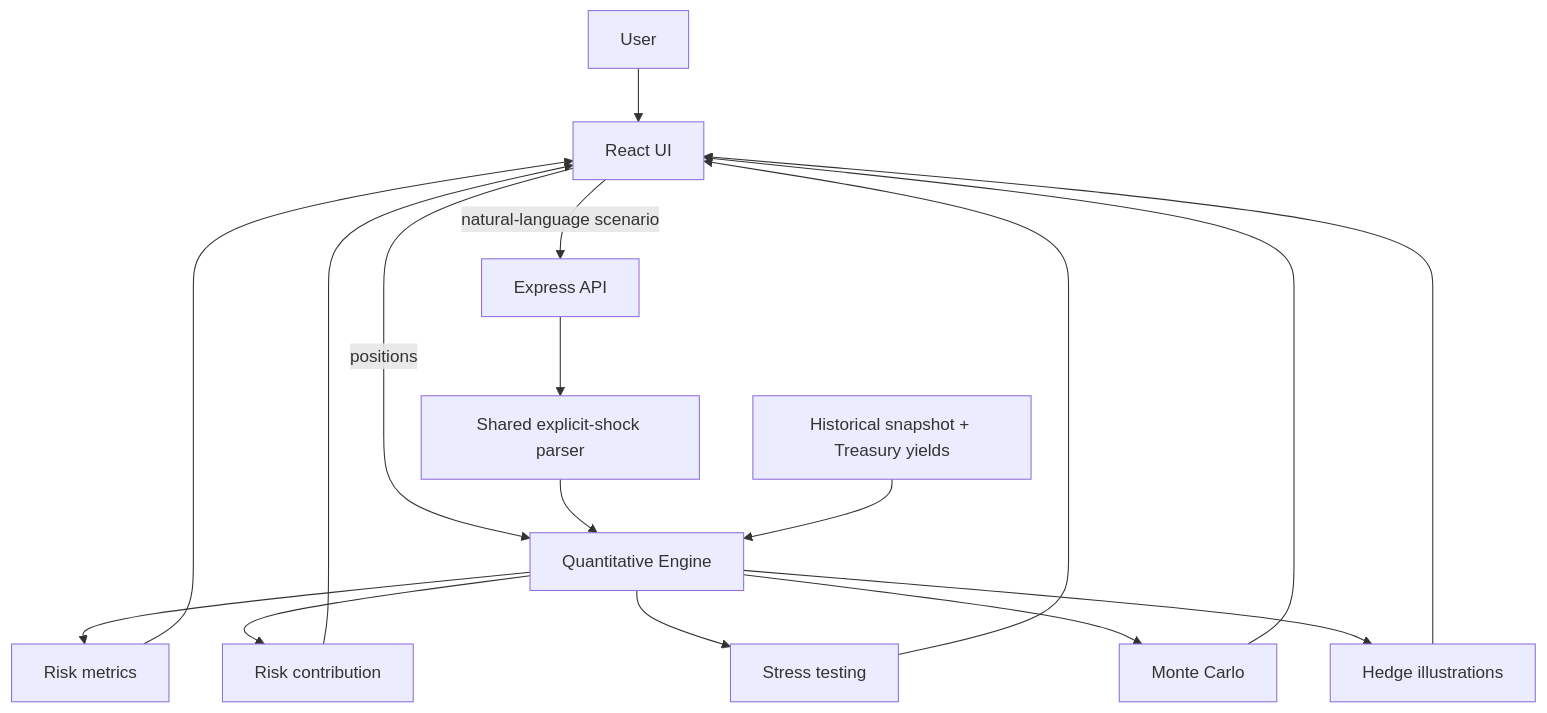
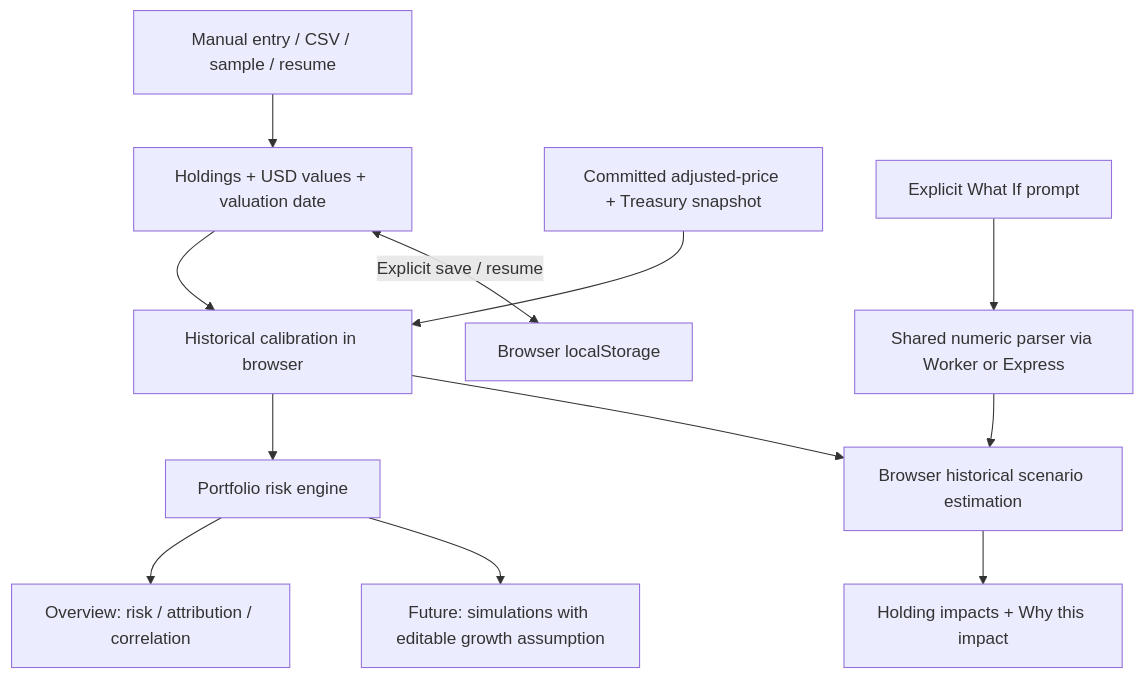
The diagram in docs/architecture.md (randeepgupta/risklab), drawn with Mermaid before and after one commit. The commit also changed other lines of this file and 4 other files, not shown here.

````diff
--- a/docs/architecture.md
+++ b/docs/architecture.md
@@ -13,21 +22,14 @@
 ```mermaid
 flowchart TD
-    U[User] --> FE[React UI]
-    FE -->|positions| QE[Quantitative Engine]
-    FE -->|natural-language scenario| API[Express API]
-    API --> PARSER[Shared explicit-shock parser]
-    PARSER --> QE
-    SNAP[Historical snapshot + Treasury yields] --> QE
-
-    QE --> RM[Risk metrics]
-    QE --> RC[Risk contribution]
-    QE --> ST[Stress testing]
-    QE --> MC[Monte Carlo]
-    QE --> HG[Hedge illustrations]
-
-    RM --> FE
-    RC --> FE
-    ST --> FE
-    MC --> FE
-    HG --> FE
+    ENTRY[Manual entry / CSV / sample / resume] --> INPUT[Holdings + USD values + valuation date]
+    INPUT --> CAL[Historical calibration in browser]
+    SNAP[Committed adjusted-price + Treasury snapshot] --> CAL
+    CAL --> QE[Portfolio risk engine]
+    QE --> OVERVIEW[Overview: risk / attribution / correlation]
+    QE --> FUTURE[Future: simulations with editable growth assumption]
+    PROMPT[Explicit What If prompt] --> PARSER[Shared numeric parser via Worker or Express]
+    PARSER --> STRESS[Browser historical scenario estimation]
+    CAL --> STRESS
+    STRESS --> IMPACT[Holding impacts + Why this impact]
+    INPUT <-->|Explicit save / resume| STORAGE[Browser localStorage]
 ```
````
